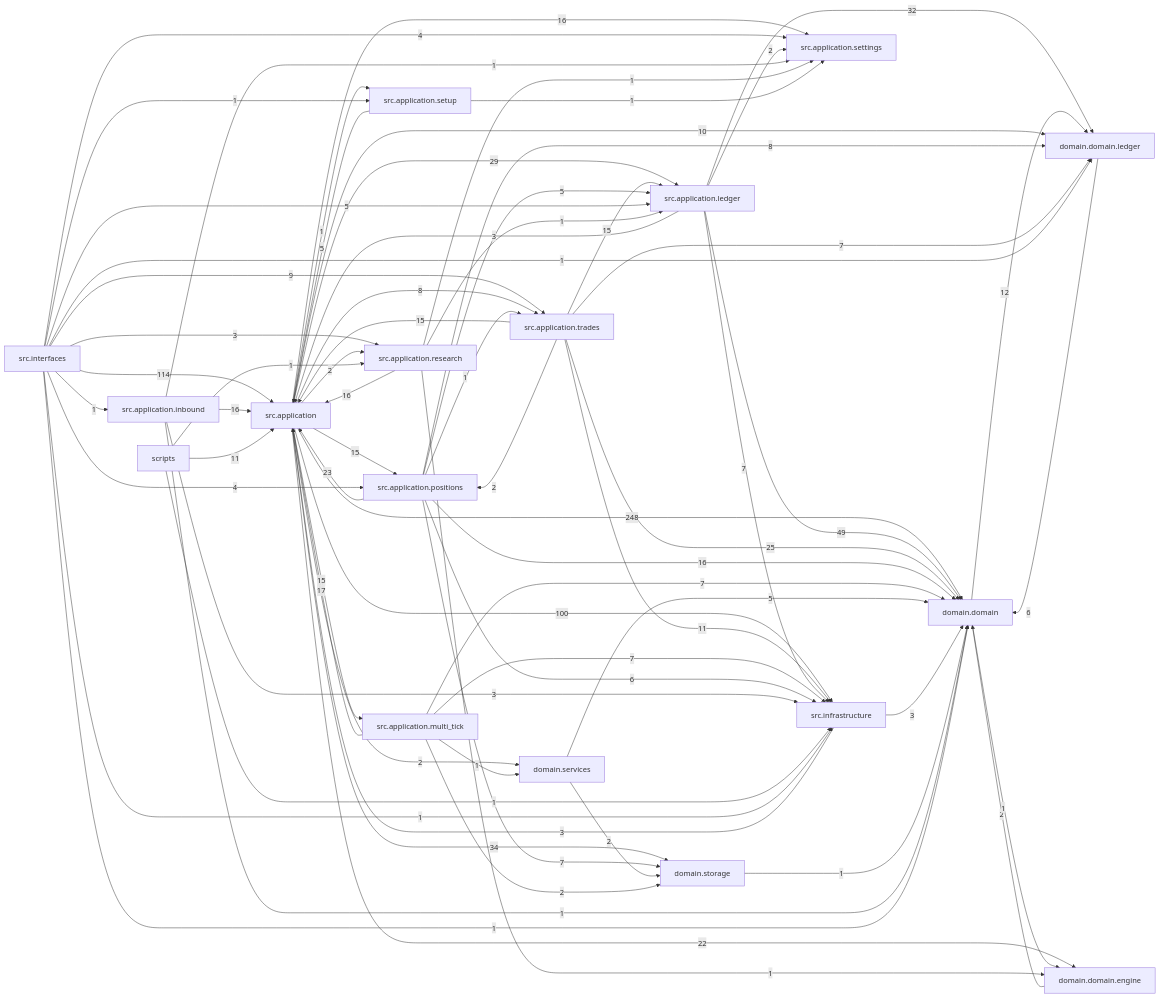
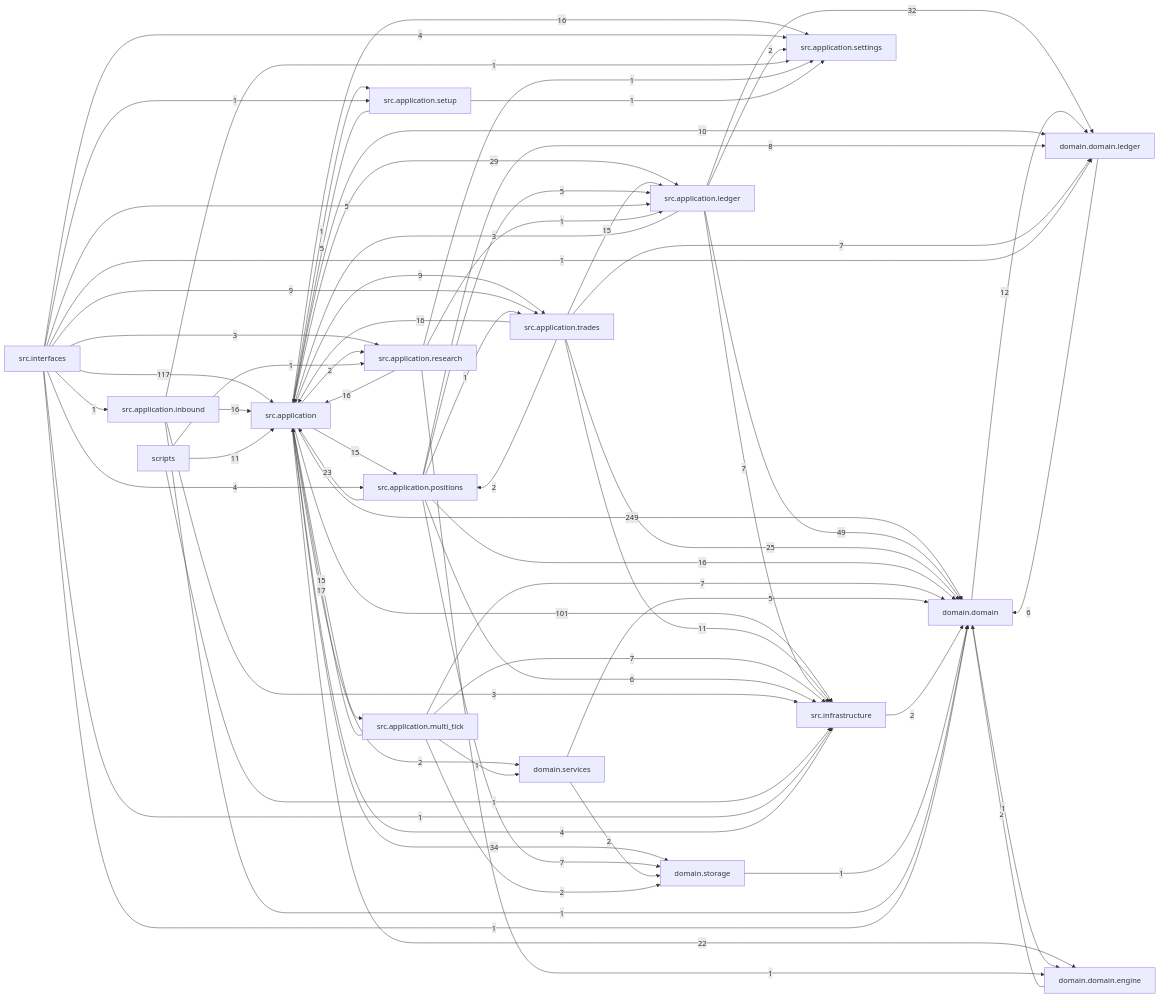
Before and after one commit to liuxie066/options-monitor: the diagram in docs/dependency_graph.mmd, drawn with Mermaid. The commit also changed 61 other files, not shown here.

```diff
--- a/docs/dependency_graph.mmd
+++ b/docs/dependency_graph.mmd
@@ -1,70 +1,70 @@
 flowchart LR
-  src_application["src.application"] -->|248| domain_domain["domain.domain"]
-  src_interfaces["src.interfaces"] -->|114| src_application["src.application"]
-  src_application["src.application"] -->|100| src_infrastructure["src.infrastructure"]
+  src_application["src.application"] -->|249| domain_domain["domain.domain"]
+  src_interfaces["src.interfaces"] -->|117| src_application["src.application"]
+  src_application["src.application"] -->|101| src_infrastructure["src.infrastructure"]
   src_application_ledger["src.application.ledger"] -->|49| domain_domain["domain.domain"]
   src_application["src.application"] -->|34| domain_storage["domain.storage"]
   src_application_ledger["src.application.ledger"] -->|32| domain_domain_ledger["domain.domain.ledger"]
   src_application["src.application"] -->|29| src_application_ledger["src.application.ledger"]
   src_application_trades["src.application.trades"] -->|25| domain_domain["domain.domain"]
   src_application_positions["src.application.positions"] -->|23| src_application["src.application"]
   src_application["src.application"] -->|22| domain_domain_engine["domain.domain.engine"]
   src_application_multi_tick["src.application.multi_tick"] -->|17| src_application["src.application"]
   src_application["src.application"] -->|16| src_application_settings["src.application.settings"]
   src_application_inbound["src.application.inbound"] -->|16| src_application["src.application"]
   src_application_positions["src.application.positions"] -->|16| domain_domain["domain.domain"]
   src_application_research["src.application.research"] -->|16| src_application["src.application"]
+  src_application_trades["src.application.trades"] -->|16| src_application["src.application"]
   src_application["src.application"] -->|15| src_application_multi_tick["src.application.multi_tick"]
   src_application["src.application"] -->|15| src_application_positions["src.application.positions"]
-  src_application_trades["src.application.trades"] -->|15| src_application["src.application"]
   src_application_trades["src.application.trades"] -->|15| src_application_ledger["src.application.ledger"]
   domain_domain["domain.domain"] -->|12| domain_domain_ledger["domain.domain.ledger"]
   scripts["scripts"] -->|11| src_application["src.application"]
   src_application_trades["src.application.trades"] -->|11| src_infrastructure["src.infrastructure"]
   src_application["src.application"] -->|10| domain_domain_ledger["domain.domain.ledger"]
+  src_application["src.application"] -->|9| src_application_trades["src.application.trades"]
   src_interfaces["src.interfaces"] -->|9| src_application_trades["src.application.trades"]
-  src_application["src.application"] -->|8| src_application_trades["src.application.trades"]
   src_application_positions["src.application.positions"] -->|8| domain_domain_ledger["domain.domain.ledger"]
   src_application_ledger["src.application.ledger"] -->|7| src_infrastructure["src.infrastructure"]
   src_application_multi_tick["src.application.multi_tick"] -->|7| domain_domain["domain.domain"]
   src_application_multi_tick["src.application.multi_tick"] -->|7| src_infrastructure["src.infrastructure"]
   src_application_positions["src.application.positions"] -->|7| domain_storage["domain.storage"]
   src_application_trades["src.application.trades"] -->|7| domain_domain_ledger["domain.domain.ledger"]
   domain_domain_ledger["domain.domain.ledger"] -->|6| domain_domain["domain.domain"]
   src_application_positions["src.application.positions"] -->|6| src_infrastructure["src.infrastructure"]
   domain_services["domain.services"] -->|5| domain_domain["domain.domain"]
   src_application_positions["src.application.positions"] -->|5| src_application_ledger["src.application.ledger"]
   src_application_setup["src.application.setup"] -->|5| src_application["src.application"]
   src_interfaces["src.interfaces"] -->|5| src_application_ledger["src.application.ledger"]
+  src_infrastructure["src.infrastructure"] -->|4| src_application["src.application"]
   src_interfaces["src.interfaces"] -->|4| src_application_positions["src.application.positions"]
   src_interfaces["src.interfaces"] -->|4| src_application_settings["src.application.settings"]
   src_application_inbound["src.application.inbound"] -->|3| src_infrastructure["src.infrastructure"]
   src_application_ledger["src.application.ledger"] -->|3| src_application["src.application"]
-  src_infrastructure["src.infrastructure"] -->|3| domain_domain["domain.domain"]
-  src_infrastructure["src.infrastructure"] -->|3| src_application["src.application"]
   src_interfaces["src.interfaces"] -->|3| src_application_research["src.application.research"]
   domain_domain_engine["domain.domain.engine"] -->|2| domain_domain["domain.domain"]
   domain_services["domain.services"] -->|2| domain_storage["domain.storage"]
   src_application["src.application"] -->|2| domain_services["domain.services"]
   src_application["src.application"] -->|2| src_application_research["src.application.research"]
   src_application_ledger["src.application.ledger"] -->|2| src_application_settings["src.application.settings"]
   src_application_multi_tick["src.application.multi_tick"] -->|2| domain_storage["domain.storage"]
   src_application_trades["src.application.trades"] -->|2| src_application_positions["src.application.positions"]
+  src_infrastructure["src.infrastructure"] -->|2| domain_domain["domain.domain"]
   domain_domain["domain.domain"] -->|1| domain_domain_engine["domain.domain.engine"]
   domain_storage["domain.storage"] -->|1| domain_domain["domain.domain"]
   scripts["scripts"] -->|1| src_application_research["src.application.research"]
   scripts["scripts"] -->|1| src_infrastructure["src.infrastructure"]
   src_application["src.application"] -->|1| src_application_setup["src.application.setup"]
   src_application_inbound["src.application.inbound"] -->|1| domain_domain["domain.domain"]
   src_application_inbound["src.application.inbound"] -->|1| src_application_settings["src.application.settings"]
   src_application_multi_tick["src.application.multi_tick"] -->|1| domain_services["domain.services"]
   src_application_positions["src.application.positions"] -->|1| src_application_trades["src.application.trades"]
   src_application_research["src.application.research"] -->|1| domain_domain_engine["domain.domain.engine"]
   src_application_research["src.application.research"] -->|1| src_application_ledger["src.application.ledger"]
   src_application_research["src.application.research"] -->|1| src_application_settings["src.application.settings"]
   src_application_setup["src.application.setup"] -->|1| src_application_settings["src.application.settings"]
   src_interfaces["src.interfaces"] -->|1| domain_domain["domain.domain"]
   src_interfaces["src.interfaces"] -->|1| domain_domain_ledger["domain.domain.ledger"]
   src_interfaces["src.interfaces"] -->|1| src_application_inbound["src.application.inbound"]
   src_interfaces["src.interfaces"] -->|1| src_application_setup["src.application.setup"]
   src_interfaces["src.interfaces"] -->|1| src_infrastructure["src.infrastructure"]
```
